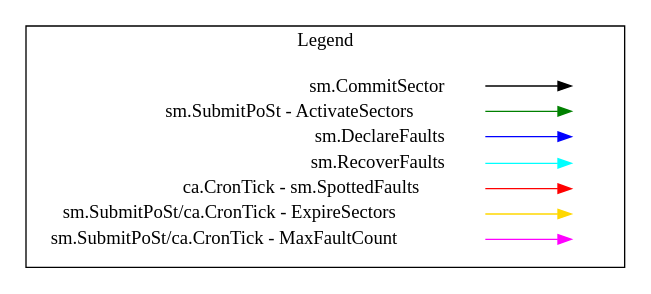
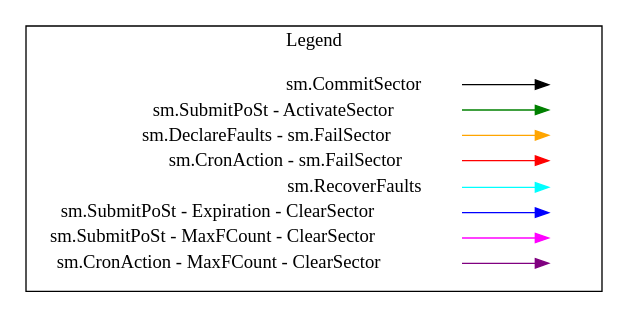
The diagram in src/systems/filecoin_mining/storage_mining/diagrams/sector_state_legend.dot (filecoin-project/specs), drawn with Graphviz before and after one commit. The commit also changed 5 other files, not shown here.

Commit message:
add CronAction and sm helpers

```diff
--- a/src/systems/filecoin_mining/storage_mining/diagrams/sector_state_legend.dot
+++ b/src/systems/filecoin_mining/storage_mining/diagrams/sector_state_legend.dot
@@ -1,40 +1,44 @@
 digraph {
   rankdir=LR
   node [shape=plaintext]
   subgraph cluster_01 {
     // black: sm.CommitSector
     // green: sm.SubmitPoSt - ActivateSectors
-    // blue: sm.DeclareFaults
+    // orange: sm.DeclareFaults - sm.FailSector
+    // red: sm.CronAction - sm.FailSector
     // cyan: sm.RecoverFaults
-    // red: ca.CronTick -> sm.SpottedFaults
-    // gold: sm.SubmitPoSt/ca.CronTick - ExpireSectors
-    // magenta: -> sm.SubmitPoSt/ca.CronTick - MaxFaultCount
+    // blue: sm.SubmitPoSt - Expiration - ClearSector
+    // magenta: sm.SubmitPoSt - MaxFCount - ClearSector
+    // purple: sm.CronAction - MaxFCount - ClearSector
     label = "Legend";
     key [label=<<table border="0" cellpadding="2" cellspacing="0" cellborder="0">
       <tr><td align="right" port="i1">sm.CommitSector</td></tr>
-      <tr><td align="right" port="i2">sm.SubmitPoSt - ActivateSectors</td></tr>
-      <tr><td align="right" port="i3">sm.DeclareFaults</td></tr>
-      <tr><td align="right" port="i4">sm.RecoverFaults</td></tr>
-      <tr><td align="right" port="i5">ca.CronTick - sm.SpottedFaults</td></tr>
-      <tr><td align="right" port="i6">sm.SubmitPoSt/ca.CronTick - ExpireSectors</td></tr>
-      <tr><td align="right" port="i7">sm.SubmitPoSt/ca.CronTick - MaxFaultCount</td></tr>
+      <tr><td align="right" port="i2">sm.SubmitPoSt - ActivateSector</td></tr>
+      <tr><td align="right" port="i3">sm.DeclareFaults - sm.FailSector</td></tr>
+      <tr><td align="right" port="i4">sm.CronAction - sm.FailSector</td></tr>
+      <tr><td align="right" port="i5">sm.RecoverFaults</td></tr>
+      <tr><td align="right" port="i6">sm.SubmitPoSt - Expiration - ClearSector</td></tr>
+      <tr><td align="right" port="i7">sm.SubmitPoSt - MaxFCount - ClearSector</td></tr>
+      <tr><td align="right" port="i8">sm.CronAction - MaxFCount - ClearSector</td></tr>
 
       </table>>]
     key2 [label=<<table border="0" cellpadding="2" cellspacing="0" cellborder="0">
       <tr><td port="i1">&nbsp;</td></tr>
       <tr><td port="i2">&nbsp;</td></tr>
       <tr><td port="i3">&nbsp;</td></tr>
       <tr><td port="i4">&nbsp;</td></tr>
       <tr><td port="i5">&nbsp;</td></tr>
       <tr><td port="i6">&nbsp;</td></tr>
       <tr><td port="i7">&nbsp;</td></tr>
+      <tr><td port="i8">&nbsp;</td></tr>
       </table>>]
     key:i1:e -> key2:i1:w [color=black]
     key:i2:e -> key2:i2:w [color=green]
-    key:i3:e -> key2:i3:w [color=blue]
-    key:i4:e -> key2:i4:w [color=cyan]
-    key:i5:e -> key2:i5:w [color=red]
-    key:i6:e -> key2:i6:w [color=gold]
+    key:i3:e -> key2:i3:w [color=orange]
+    key:i4:e -> key2:i4:w [color=red]
+    key:i5:e -> key2:i5:w [color=cyan]
+    key:i6:e -> key2:i6:w [color=blue]
     key:i7:e -> key2:i7:w [color=magenta]
+    key:i8:e -> key2:i8:w [color=purple]
   }
 }
```
